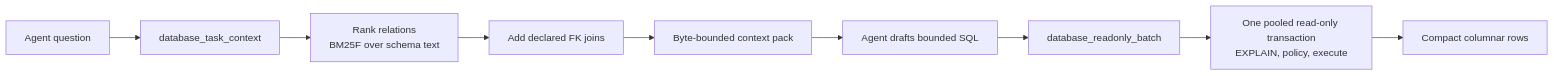
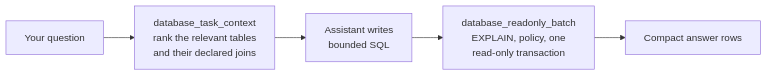
Before and after one commit to Adhrit-Verma/TableFox: the first of 3 diagrams in README.md, drawn with Mermaid. The commit also changed other lines of this file and 9 other files, not shown here.

````diff
--- a/README.md
+++ b/README.md
@@ -43,11 +35,7 @@
 ```mermaid
 flowchart LR
-    Q["Agent question"] --> T["database_task_context"]
-    T --> R["Rank relations<br/>BM25F over schema text"]
-    R --> G["Add declared FK joins"]
-    G --> P["Byte-bounded context pack"]
-    P --> S["Agent drafts bounded SQL"]
-    S --> B["database_readonly_batch"]
-    B --> X["One pooled read-only transaction<br/>EXPLAIN, policy, execute"]
-    X --> A["Compact columnar rows"]
+    Q["Your question"] --> T["database_task_context<br/>rank the relevant tables<br/>and their declared joins"]
+    T --> S["Assistant writes<br/>bounded SQL"]
+    S --> B["database_readonly_batch<br/>EXPLAIN, policy, one<br/>read-only transaction"]
+    B --> A["Compact answer rows"]
 ```
````
